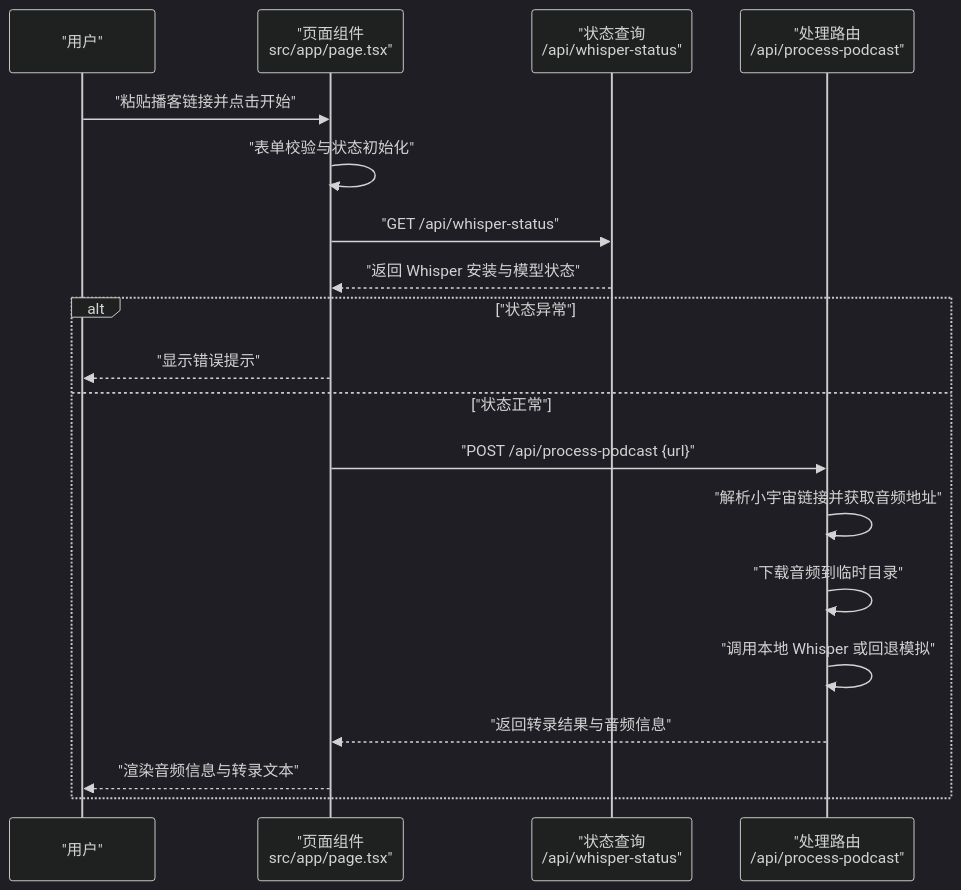
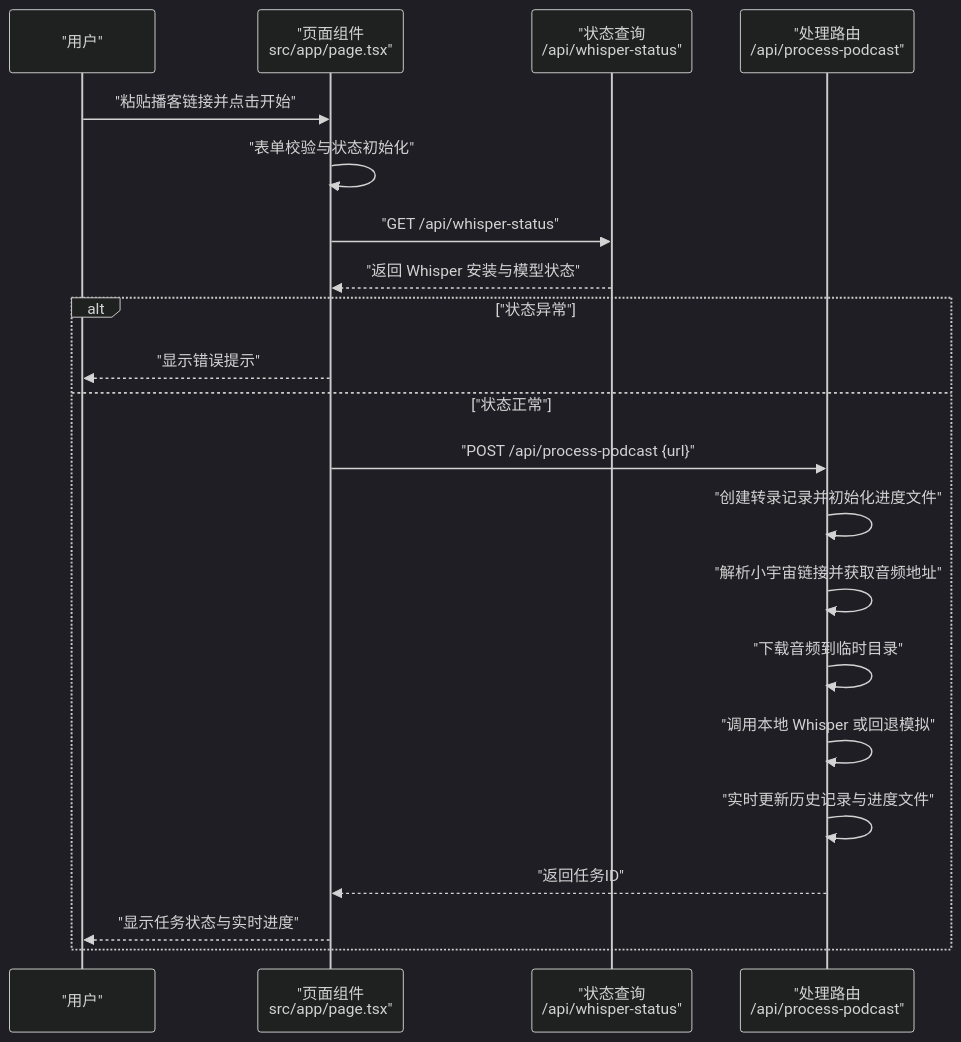
One commit to clawbotai/memo-flow changed the second of 13 diagrams in .qoder/repowiki/zh/content/架构设计/数据流设计.md. Above: the diagram before and after it, drawn with Mermaid (dark theme). The commit also changed other lines of this file and 14 other files, not shown here.

First line of the commit message:
feat(api): 优化转录进度合并策略和详情视图功能

````diff
--- a/.qoder/repowiki/zh/content/架构设计/数据流设计.md
+++ b/.qoder/repowiki/zh/content/架构设计/数据流设计.md
@@ -124,21 +152,23 @@
 ```mermaid
 sequenceDiagram
 participant U as "用户"
 participant P as "页面组件<br/>src/app/page.tsx"
 participant S as "状态查询<br/>/api/whisper-status"
 participant R as "处理路由<br/>/api/process-podcast"
 U->>P : "粘贴播客链接并点击开始"
 P->>P : "表单校验与状态初始化"
 P->>S : "GET /api/whisper-status"
 S-->>P : "返回 Whisper 安装与模型状态"
 alt "状态异常"
 P-->>U : "显示错误提示"
 else "状态正常"
 P->>R : "POST /api/process-podcast {url}"
+R->>R : "创建转录记录并初始化进度文件"
 R->>R : "解析小宇宙链接并获取音频地址"
 R->>R : "下载音频到临时目录"
 R->>R : "调用本地 Whisper 或回退模拟"
-R-->>P : "返回转录结果与音频信息"
-P-->>U : "渲染音频信息与转录文本"
+R->>R : "实时更新历史记录与进度文件"
+R-->>P : "返回任务ID"
+P-->>U : "显示任务状态与实时进度"
 end
 ```
````
